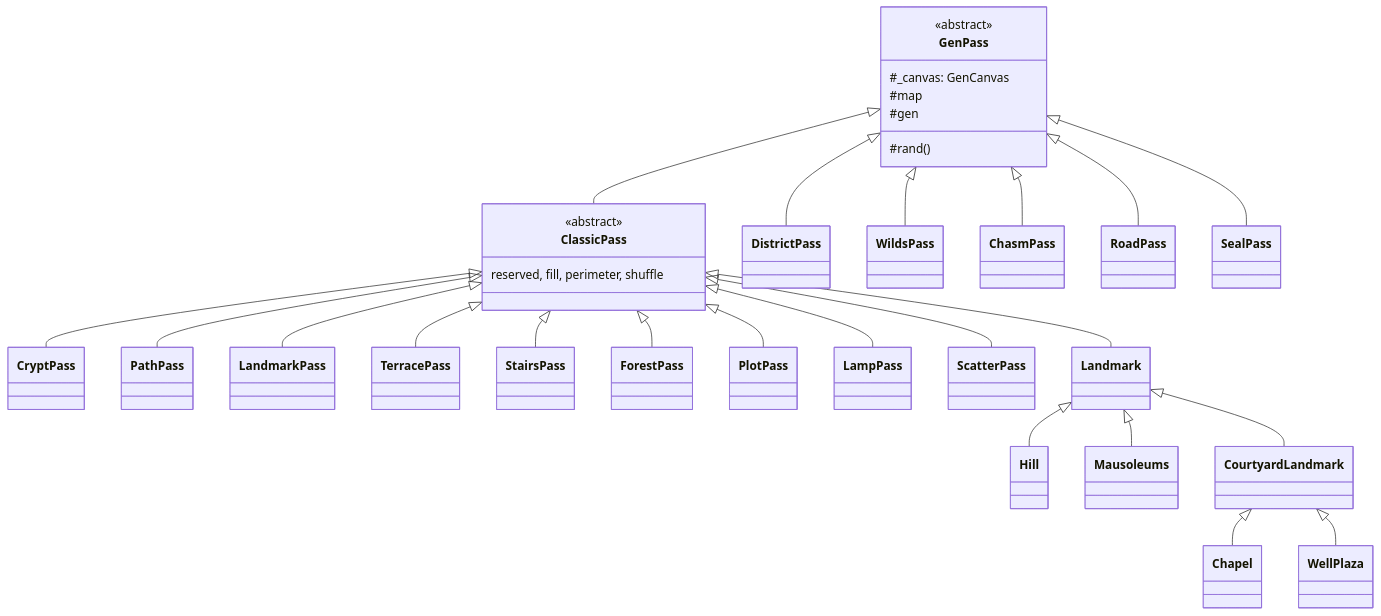
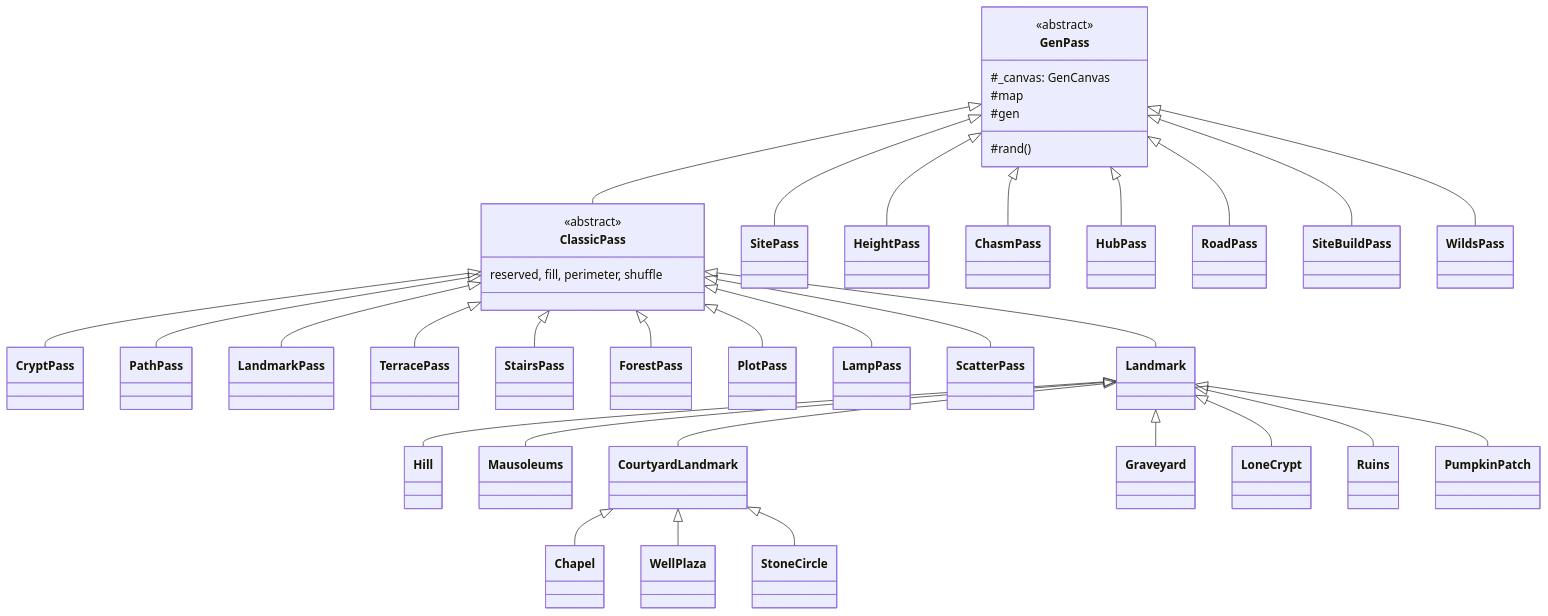
One commit to andyruwruw/grave-robbers changed the eighth of 9 diagrams in docs/class-hierarchies-server.md. Above: the diagram before and after it, drawn with Mermaid. The commit also changed other lines of this file and 772 other files, not shown here.

````diff
--- a/docs/class-hierarchies-server.md
+++ b/docs/class-hierarchies-server.md
@@ -249,35 +283,42 @@
 ```mermaid
 classDiagram
   class GenPass {
     <<abstract>>
     #_canvas: GenCanvas
     #map
     #gen
     #rand()
   }
   class ClassicPass {
     <<abstract>>
     reserved, fill, perimeter, shuffle
   }
   GenPass <|-- ClassicPass
-  GenPass <|-- DistrictPass
+  GenPass <|-- SitePass
+  GenPass <|-- HeightPass
+  GenPass <|-- ChasmPass
+  GenPass <|-- HubPass
+  GenPass <|-- RoadPass
+  GenPass <|-- SiteBuildPass
   GenPass <|-- WildsPass
-  GenPass <|-- ChasmPass
-  GenPass <|-- RoadPass
-  GenPass <|-- SealPass
   ClassicPass <|-- CryptPass
   ClassicPass <|-- PathPass
   ClassicPass <|-- LandmarkPass
   ClassicPass <|-- TerracePass
   ClassicPass <|-- StairsPass
   ClassicPass <|-- ForestPass
   ClassicPass <|-- PlotPass
   ClassicPass <|-- LampPass
   ClassicPass <|-- ScatterPass
   ClassicPass <|-- Landmark
   Landmark <|-- Hill
   Landmark <|-- Mausoleums
   Landmark <|-- CourtyardLandmark
   CourtyardLandmark <|-- Chapel
   CourtyardLandmark <|-- WellPlaza
+  CourtyardLandmark <|-- StoneCircle
+  Landmark <|-- Graveyard
+  Landmark <|-- LoneCrypt
+  Landmark <|-- Ruins
+  Landmark <|-- PumpkinPatch
 ```
````
